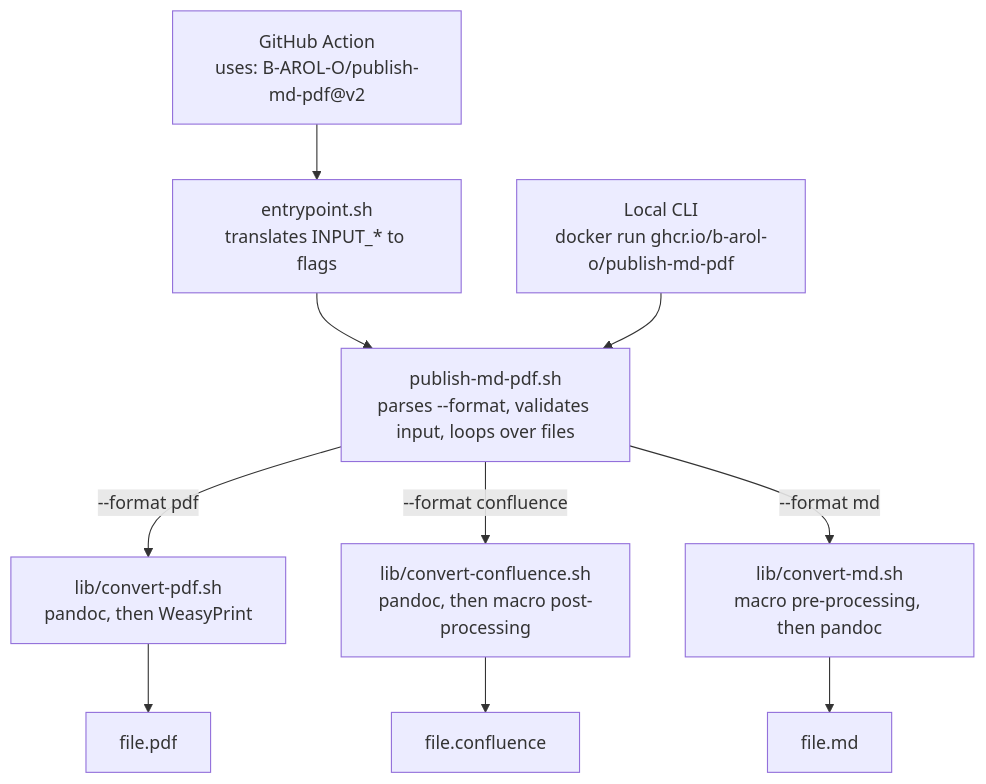
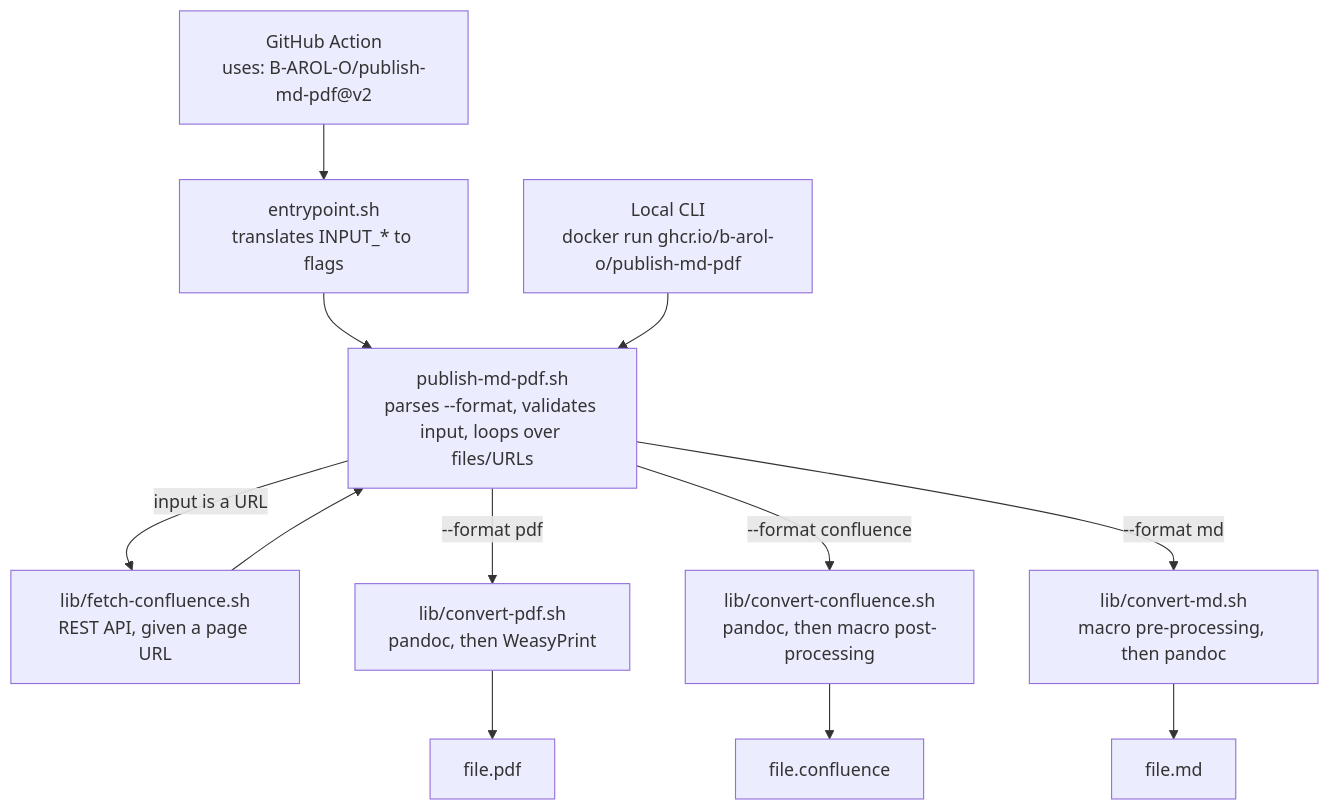
The diagram in README.md (B-AROL-O/publish-md-pdf), drawn with Mermaid before and after one commit. The commit also changed other lines of this file and 8 other files, not shown here.

````diff
--- a/README.md
+++ b/README.md
@@ -20,18 +22,20 @@
 ```mermaid
 flowchart TD
     CLI["Local CLI<br/>docker run ghcr.io/b-arol-o/publish-md-pdf"]
     GHA["GitHub Action<br/>uses: B-AROL-O/publish-md-pdf@v2"]
     EP["entrypoint.sh<br/>translates INPUT_* to flags"]
-    MAIN["publish-md-pdf.sh<br/>parses --format, validates input, loops over files"]
+    MAIN["publish-md-pdf.sh<br/>parses --format, validates input, loops over files/URLs"]
+    FETCH["lib/fetch-confluence.sh<br/>REST API, given a page URL"]
 
     GHA --> EP --> MAIN
     CLI --> MAIN
+    MAIN -->|input is a URL| FETCH --> MAIN
 
     MAIN -->|--format pdf| PDF["lib/convert-pdf.sh<br/>pandoc, then WeasyPrint"]
     MAIN -->|--format confluence| CONF["lib/convert-confluence.sh<br/>pandoc, then macro post-processing"]
     MAIN -->|--format md| MD["lib/convert-md.sh<br/>macro pre-processing, then pandoc"]
 
     PDF --> OUTPDF["file.pdf"]
     CONF --> OUTCONF["file.confluence"]
     MD --> OUTMD["file.md"]
 ```
````
